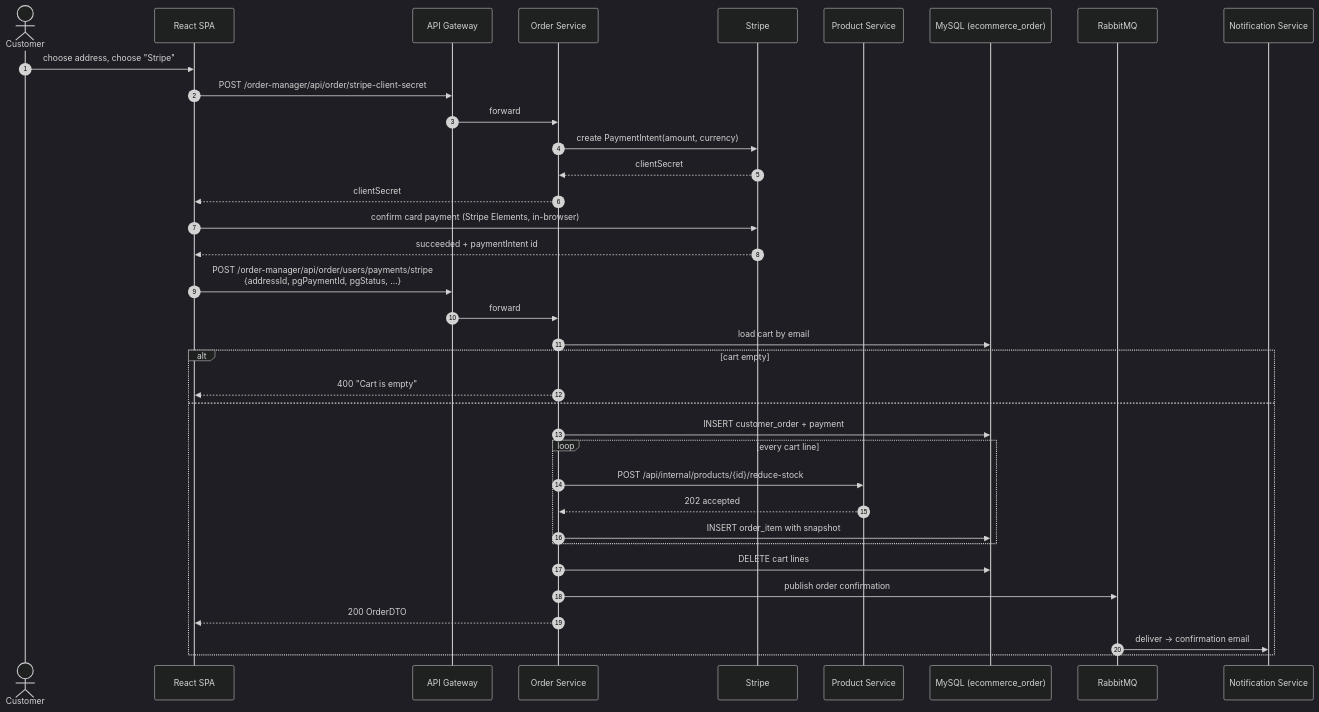
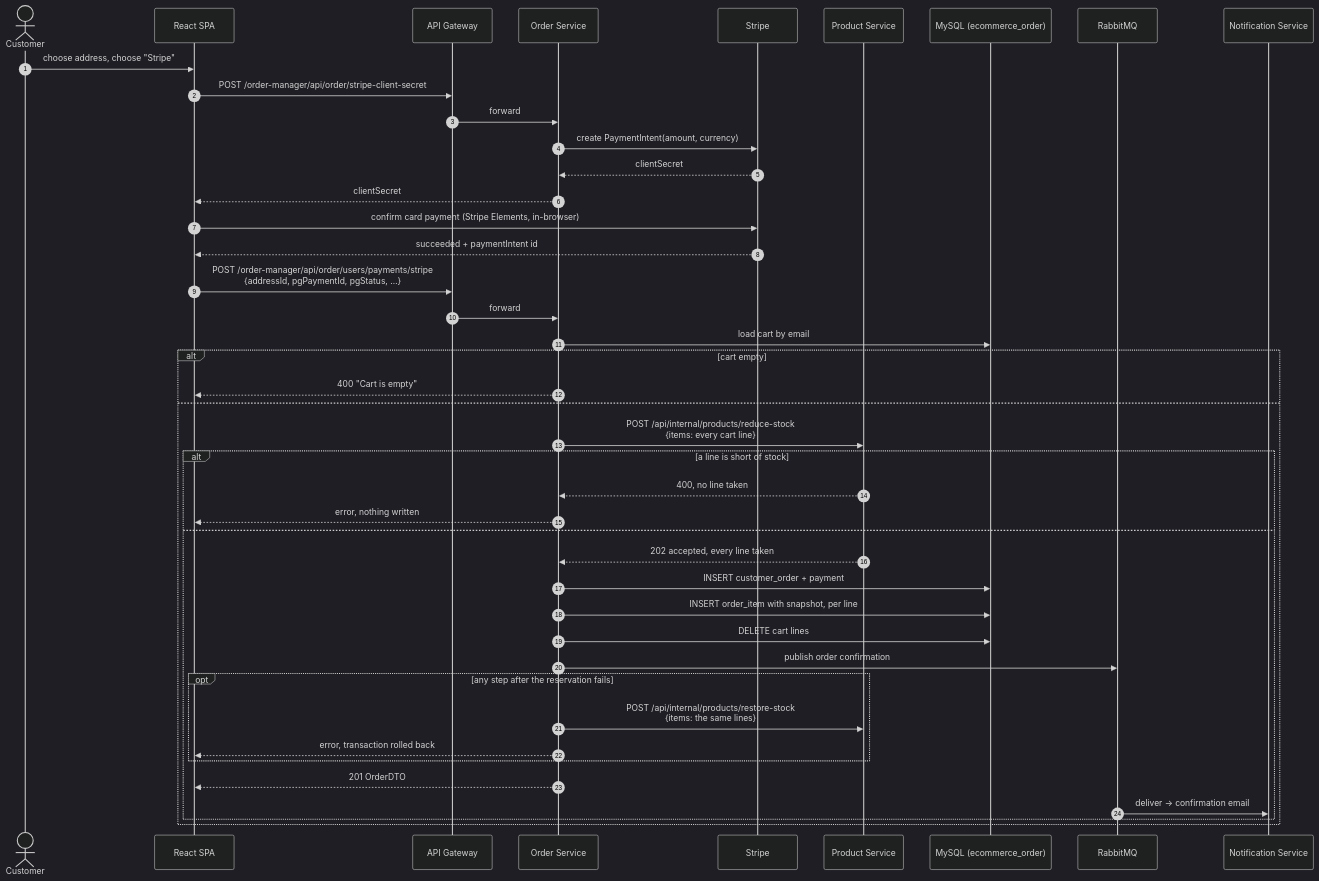
One commit to thaivanlam/Techzone-laptop-project changed the fourth of 6 diagrams in docs/architecture/uml-behaviour.md. Above: the diagram before and after it, drawn with Mermaid (dark theme). The commit also changed other lines of this file and 17 other files, not shown here.

````diff
--- a/docs/architecture/uml-behaviour.md
+++ b/docs/architecture/uml-behaviour.md
@@ -153,39 +153,46 @@
 ```mermaid
 sequenceDiagram
     autonumber
     actor C as Customer
     participant SPA as React SPA
     participant GW as API Gateway
     participant OS as Order Service
     participant ST as Stripe
     participant PS as Product Service
     participant DB as MySQL (ecommerce_order)
     participant MQ as RabbitMQ
     participant NS as Notification Service
 
     C->>SPA: choose address, choose "Stripe"
     SPA->>GW: POST /order-manager/api/order/stripe-client-secret
     GW->>OS: forward
     OS->>ST: create PaymentIntent(amount, currency)
     ST-->>OS: clientSecret
     OS-->>SPA: clientSecret
     SPA->>ST: confirm card payment (Stripe Elements, in-browser)
     ST-->>SPA: succeeded + paymentIntent id
     SPA->>GW: POST /order-manager/api/order/users/payments/stripe<br/>{addressId, pgPaymentId, pgStatus, …}
     GW->>OS: forward
     OS->>DB: load cart by email
     alt cart empty
         OS-->>SPA: 400 "Cart is empty"
     else
-        OS->>DB: INSERT customer_order + payment
-        loop every cart line
-            OS->>PS: POST /api/internal/products/{id}/reduce-stock
-            PS-->>OS: 202 accepted
-            OS->>DB: INSERT order_item with snapshot
+        OS->>PS: POST /api/internal/products/reduce-stock<br/>{items: every cart line}
+        alt a line is short of stock
+            PS-->>OS: 400, no line taken
+            OS-->>SPA: error, nothing written
+        else
+            PS-->>OS: 202 accepted, every line taken
+            OS->>DB: INSERT customer_order + payment
+            OS->>DB: INSERT order_item with snapshot, per line
+            OS->>DB: DELETE cart lines
+            OS->>MQ: publish order confirmation
+            opt any step after the reservation fails
+                OS->>PS: POST /api/internal/products/restore-stock<br/>{items: the same lines}
+                OS-->>SPA: error, transaction rolled back
+            end
+            OS-->>SPA: 201 OrderDTO
+            MQ->>NS: deliver → confirmation email
         end
-        OS->>DB: DELETE cart lines
-        OS->>MQ: publish order confirmation
-        OS-->>SPA: 200 OrderDTO
-        MQ->>NS: deliver → confirmation email
     end
 ```
````
